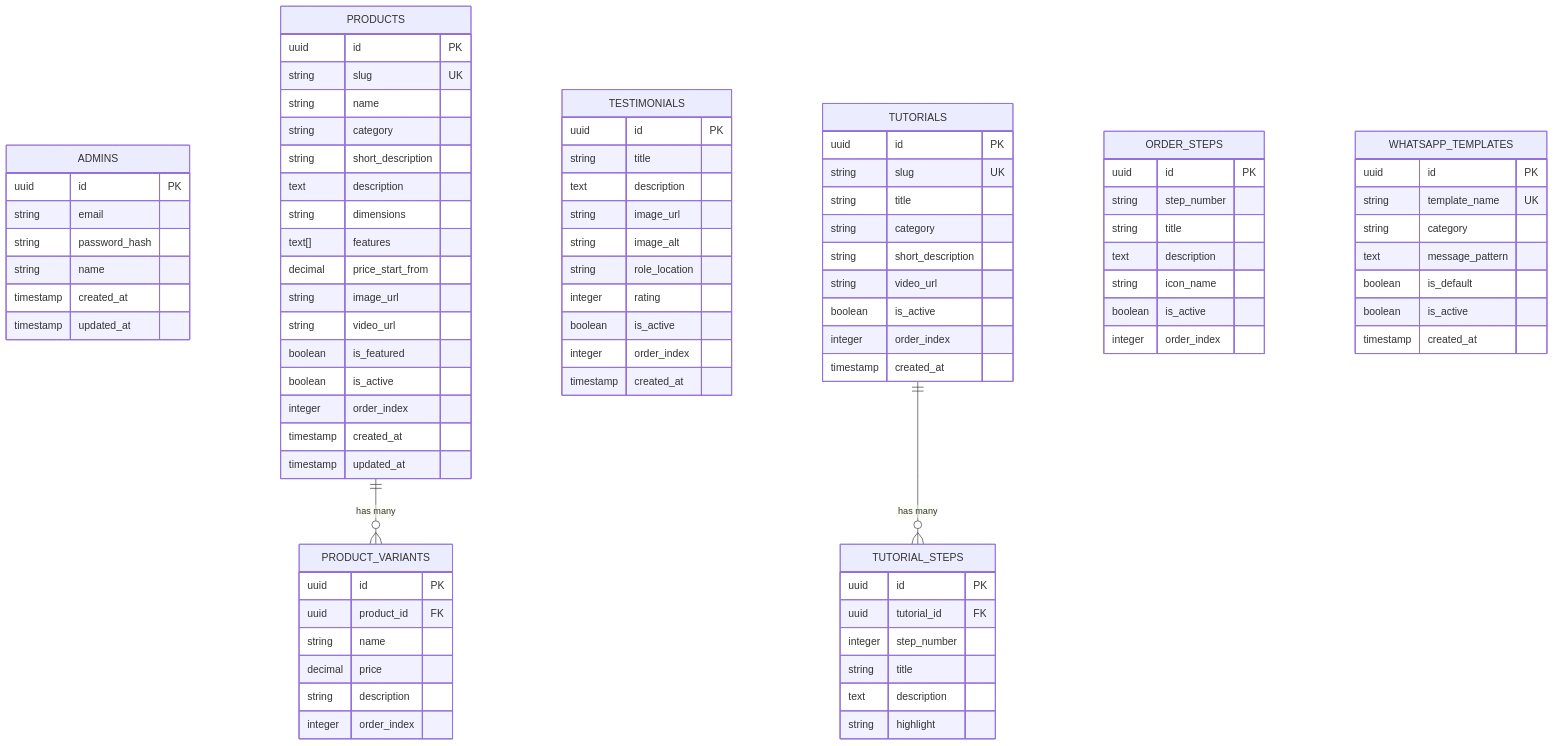
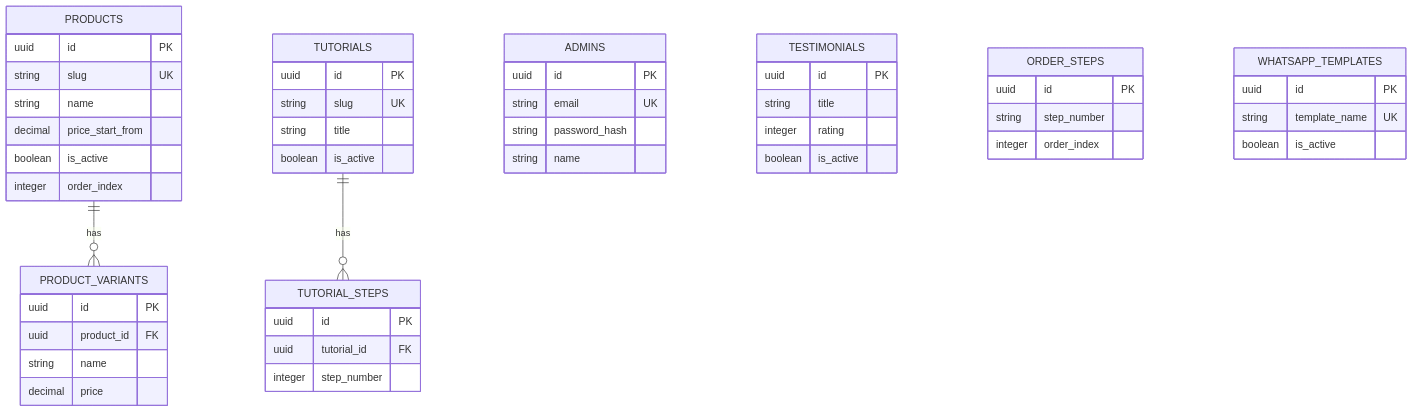
Before and after one commit to catursetyo/una-project-web: the diagram in docs/DATABASE_SCHEMA.md, drawn with Mermaid. The commit also changed other lines of this file and 19 other files, not shown here.

Commit message:
feat: implement admin dashboard and update backend architecture guideline

````diff
--- a/docs/DATABASE_SCHEMA.md
+++ b/docs/DATABASE_SCHEMA.md
@@ -14,95 +7,53 @@
 ```mermaid
 erDiagram
-    ADMINS {
-        uuid id PK
-        string email
-        string password_hash
-        string name
-        timestamp created_at
-        timestamp updated_at
-    }
+  PRODUCTS ||--o{ PRODUCT_VARIANTS : has
+  TUTORIALS ||--o{ TUTORIAL_STEPS : has
 
-    PRODUCTS ||--o{ PRODUCT_VARIANTS : "has many"
-    PRODUCTS {
-        uuid id PK
-        string slug UK
-        string name
-        string category
-        string short_description
-        text description
-        string dimensions
-        text[] features
-        decimal price_start_from
-        string image_url
-        string video_url
-        boolean is_featured
-        boolean is_active
-        integer order_index
-        timestamp created_at
-        timestamp updated_at
-    }
-
-    PRODUCT_VARIANTS {
-        uuid id PK
-        uuid product_id FK
-        string name
-        decimal price
-        string description
-        integer order_index
-    }
-
-    TESTIMONIALS {
-        uuid id PK
-        string title
-        text description
-        string image_url
-        string image_alt
-        string role_location
-        integer rating
-        boolean is_active
-        integer order_index
-        timestamp created_at
-    }
-
-    TUTORIALS ||--o{ TUTORIAL_STEPS : "has many"
-    TUTORIALS {
-        uuid id PK
-        string slug UK
-        string title
-        string category
-        string short_description
-        string video_url
-        boolean is_active
-        integer order_index
-        timestamp created_at
-    }
-
-    TUTORIAL_STEPS {
-        uuid id PK
-        uuid tutorial_id FK
-        integer step_number
-        string title
-        text description
-        string highlight
-    }
-
-    ORDER_STEPS {
-        uuid id PK
-        string step_number
-        string title
-        text description
-        string icon_name
-        boolean is_active
-        integer order_index
-    }
-
-    WHATSAPP_TEMPLATES {
-        uuid id PK
-        string template_name UK
-        string category
-        text message_pattern
-        boolean is_default
-        boolean is_active
-        timestamp created_at
-    }
+  ADMINS {
+    uuid id PK
+    string email UK
+    string password_hash
+    string name
+  }
+  PRODUCTS {
+    uuid id PK
+    string slug UK
+    string name
+    decimal price_start_from
+    boolean is_active
+    integer order_index
+  }
+  PRODUCT_VARIANTS {
+    uuid id PK
+    uuid product_id FK
+    string name
+    decimal price
+  }
+  TESTIMONIALS {
+    uuid id PK
+    string title
+    integer rating
+    boolean is_active
+  }
+  TUTORIALS {
+    uuid id PK
+    string slug UK
+    string title
+    boolean is_active
+  }
+  TUTORIAL_STEPS {
+    uuid id PK
+    uuid tutorial_id FK
+    integer step_number
+  }
+  ORDER_STEPS {
+    uuid id PK
+    string step_number
+    integer order_index
+  }
+  WHATSAPP_TEMPLATES {
+    uuid id PK
+    string template_name UK
+    boolean is_active
+  }
 ```
````
